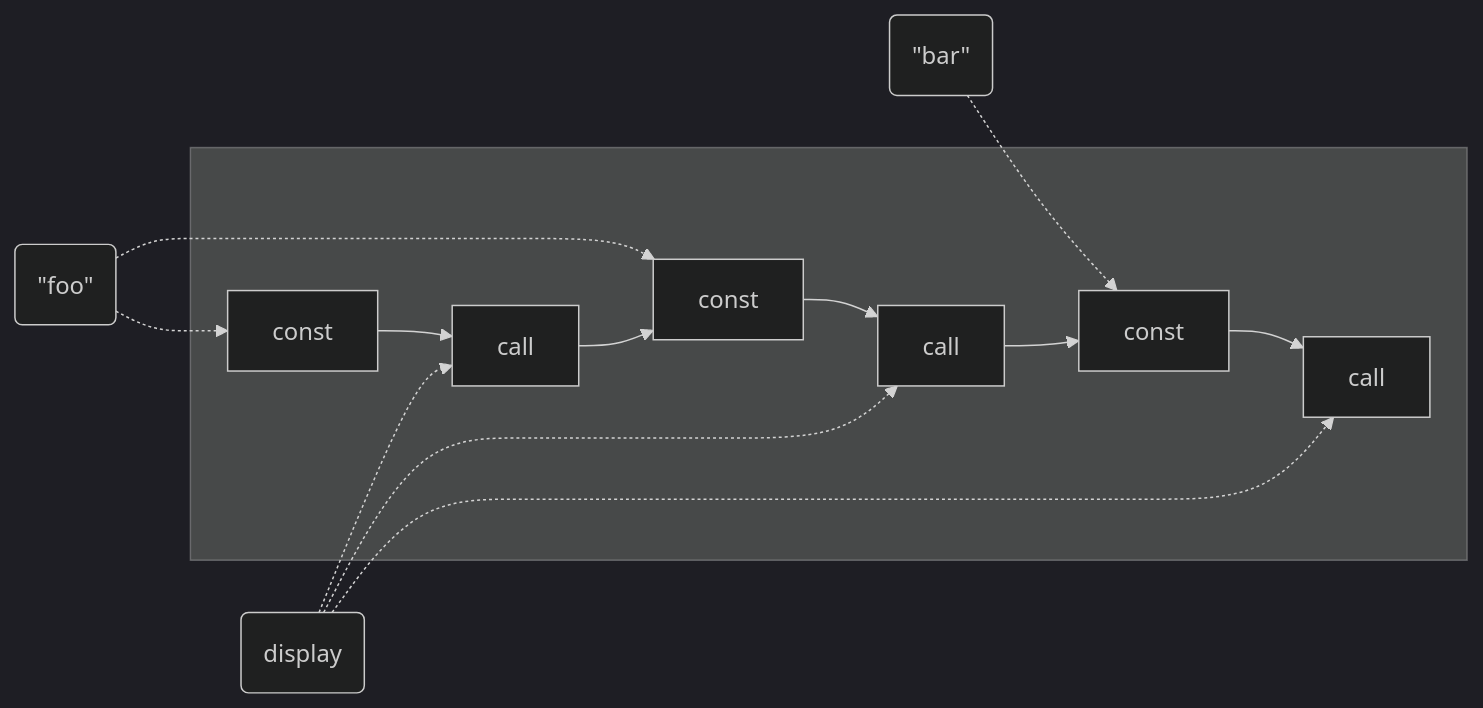
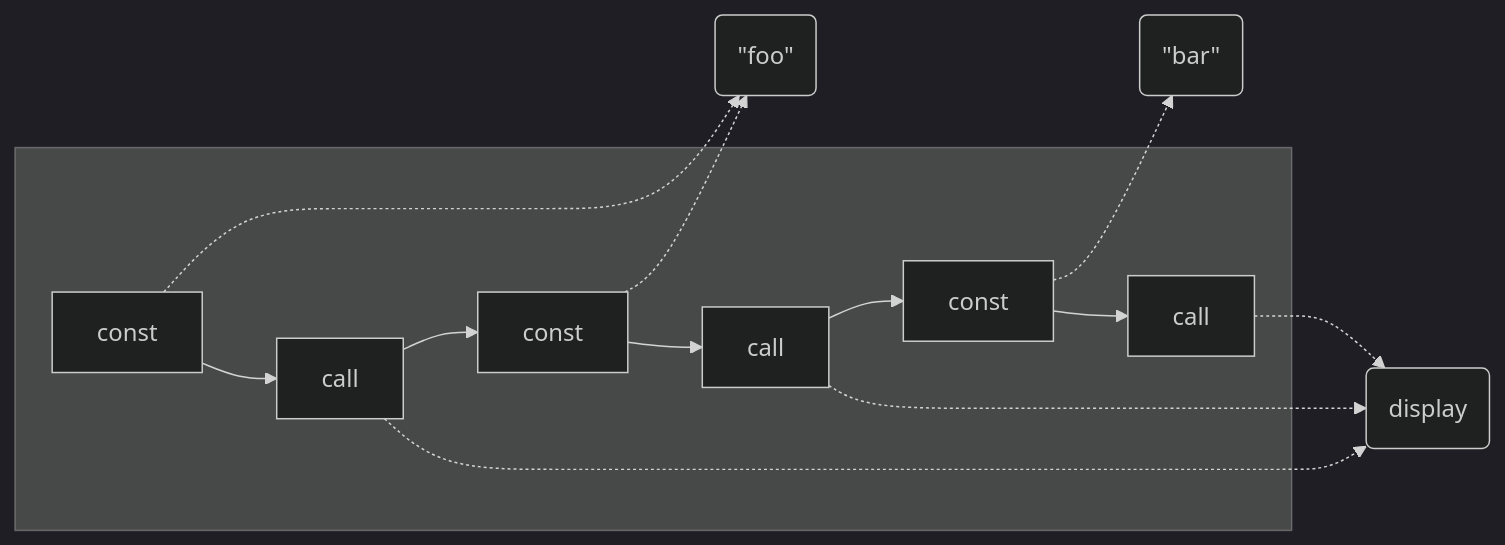
The diagram in slides/papers/stak-scheme/duplicate-strings.mmd (raviqqe/doc), drawn with Mermaid (dark theme) before and after one commit. The commit also changed 2 other files, not shown here.

```diff
--- a/slides/papers/stak-scheme/duplicate-strings.mmd
+++ b/slides/papers/stak-scheme/duplicate-strings.mmd
@@ -1,14 +1,14 @@
 flowchart LR
-  d0(#quot;foo#quot;) -.-> c0
-  d0 -.-> c2
-  d1(#quot;bar#quot;) -.-> c4
+  c0 -.-> d0(#quot;foo#quot;)
+  c2 -.-> d0
+  c4 -.-> d1(#quot;bar#quot;)
 
   subgraph s[ ]
     c0[const ] --> c1[call] --> c2
     c2[const] --> c3[call] --> c4
     c4[const] --> c5[call]
   end
 
-  d2(display) -.-> c1
-  d2 -.-> c3
-  d2 -.-> c5
+  c1 -.-> d2(display)
+  c3 -.-> d2
+  c5 -.-> d2
```
